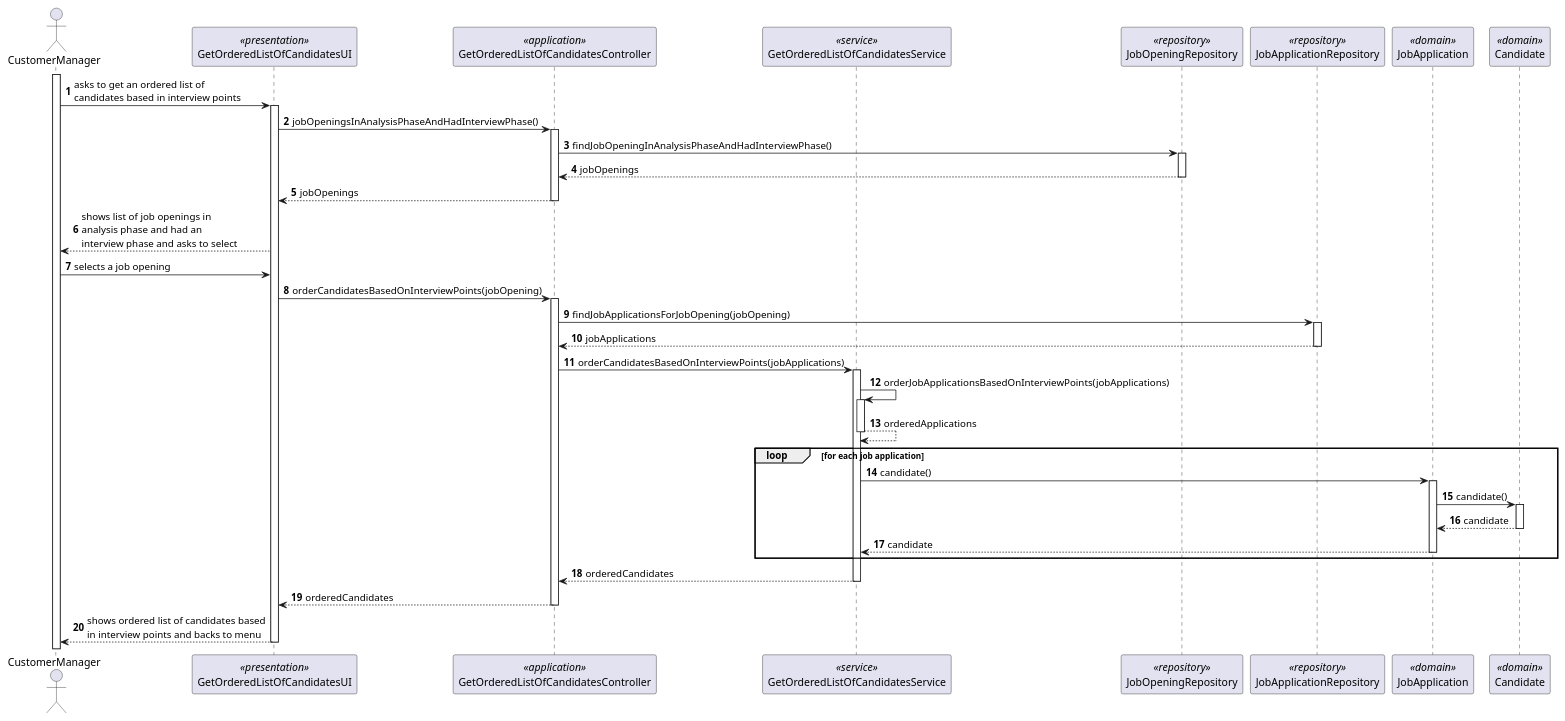
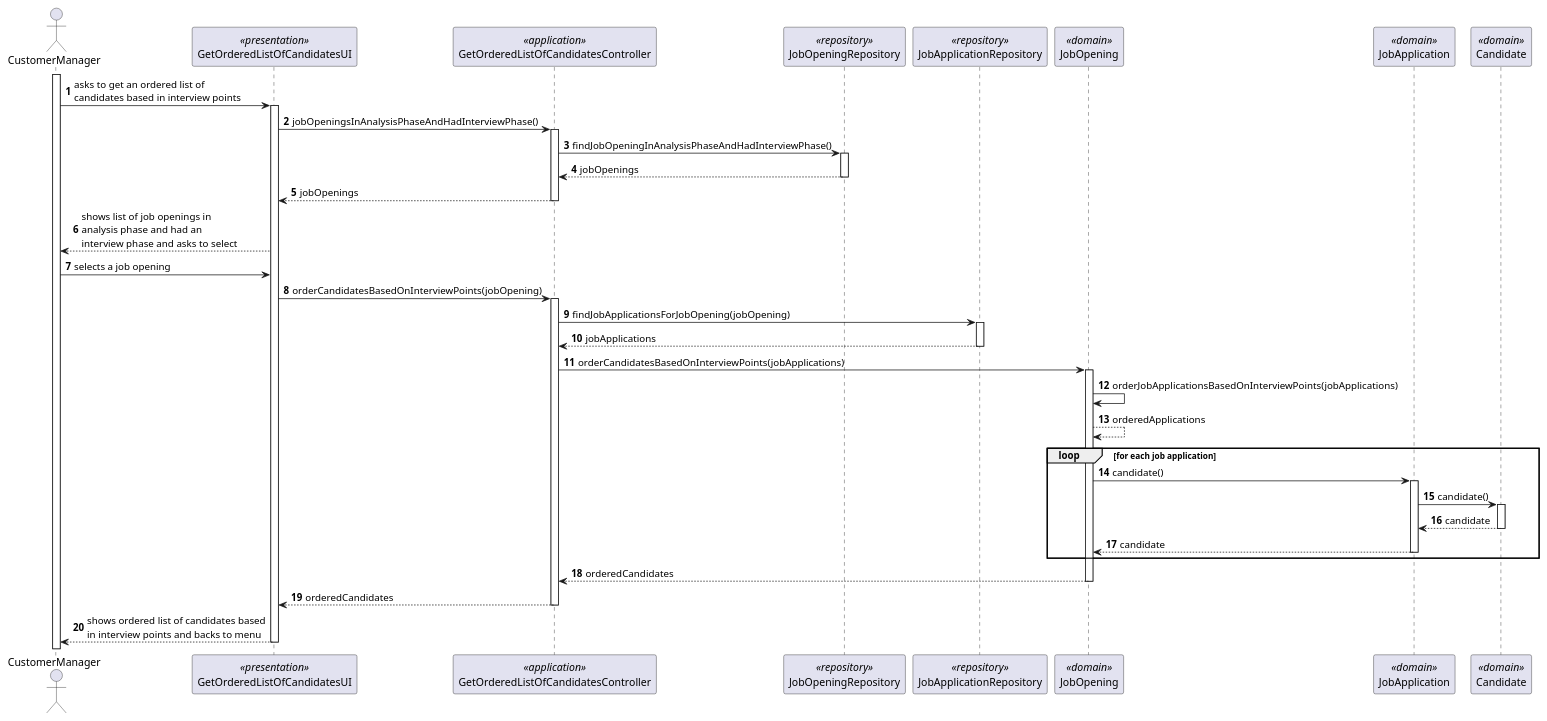
Before and after one commit to Rodrick0209/ISEP-SEM4PI-23-24: the diagram in docs/SprintC/us1019/SD/SD.puml, drawn with PlantUML. The commit also changed 3 other files, not shown here.

```diff
--- a/docs/SprintC/us1019/SD/SD.puml
+++ b/docs/SprintC/us1019/SD/SD.puml
@@ -1,62 +1,60 @@
 @startuml
 'https://plantuml.com/sequence-diagram
 
 autonumber
 
 actor CustomerManager
 participant GetOrderedListOfCandidatesUI <<presentation>>
 participant GetOrderedListOfCandidatesController <<application>>
-participant GetOrderedListOfCandidatesService <<service>>
 participant JobOpeningRepository <<repository>>
 participant JobApplicationRepository <<repository>>
+participant JobOpening <<domain>>
 participant JobApplication <<domain>>
 participant Candidate <<domain>>
 
 activate CustomerManager
 CustomerManager -> GetOrderedListOfCandidatesUI : asks to get an ordered list of\ncandidates based in interview points
 activate GetOrderedListOfCandidatesUI
 GetOrderedListOfCandidatesUI -> GetOrderedListOfCandidatesController : jobOpeningsInAnalysisPhaseAndHadInterviewPhase()
 activate GetOrderedListOfCandidatesController
 GetOrderedListOfCandidatesController -> JobOpeningRepository : findJobOpeningInAnalysisPhaseAndHadInterviewPhase()
 activate JobOpeningRepository
 JobOpeningRepository --> GetOrderedListOfCandidatesController : jobOpenings
 deactivate JobOpeningRepository
 GetOrderedListOfCandidatesController --> GetOrderedListOfCandidatesUI : jobOpenings
 deactivate GetOrderedListOfCandidatesController
 GetOrderedListOfCandidatesUI --> CustomerManager : shows list of job openings in \nanalysis phase and had an\ninterview phase and asks to select
 CustomerManager -> GetOrderedListOfCandidatesUI : selects a job opening
 GetOrderedListOfCandidatesUI -> GetOrderedListOfCandidatesController : orderCandidatesBasedOnInterviewPoints(jobOpening)
 activate GetOrderedListOfCandidatesController
 GetOrderedListOfCandidatesController -> JobApplicationRepository : findJobApplicationsForJobOpening(jobOpening)
 activate JobApplicationRepository
 JobApplicationRepository --> GetOrderedListOfCandidatesController : jobApplications
 deactivate JobApplicationRepository
-GetOrderedListOfCandidatesController -> GetOrderedListOfCandidatesService : orderCandidatesBasedOnInterviewPoints(jobApplications)
-activate GetOrderedListOfCandidatesService
-GetOrderedListOfCandidatesService -> GetOrderedListOfCandidatesService : orderJobApplicationsBasedOnInterviewPoints(jobApplications)
-activate GetOrderedListOfCandidatesService
-GetOrderedListOfCandidatesService --> GetOrderedListOfCandidatesService : orderedApplications
-deactivate GetOrderedListOfCandidatesService
+GetOrderedListOfCandidatesController -> JobOpening : orderCandidatesBasedOnInterviewPoints(jobApplications)
+activate JobOpening
+JobOpening -> JobOpening : orderJobApplicationsBasedOnInterviewPoints(jobApplications)
+JobOpening --> JobOpening : orderedApplications
 loop for each job application
-GetOrderedListOfCandidatesService -> JobApplication : candidate()
+JobOpening -> JobApplication : candidate()
 activate JobApplication
 JobApplication -> Candidate : candidate()
 activate Candidate
 Candidate --> JobApplication : candidate
 deactivate Candidate
-JobApplication --> GetOrderedListOfCandidatesService : candidate
+JobApplication --> JobOpening : candidate
 deactivate JobApplication
 end loop
-GetOrderedListOfCandidatesService --> GetOrderedListOfCandidatesController : orderedCandidates
-deactivate GetOrderedListOfCandidatesService
+JobOpening --> GetOrderedListOfCandidatesController : orderedCandidates
+deactivate JobOpening
 GetOrderedListOfCandidatesController --> GetOrderedListOfCandidatesUI : orderedCandidates
 deactivate GetOrderedListOfCandidatesController
 
 
 
 deactivate JobApplicationRepository
 
 GetOrderedListOfCandidatesUI --> CustomerManager : shows ordered list of candidates based\nin interview points and backs to menu
 deactivate GetOrderedListOfCandidatesUI
 
 @enduml
```
